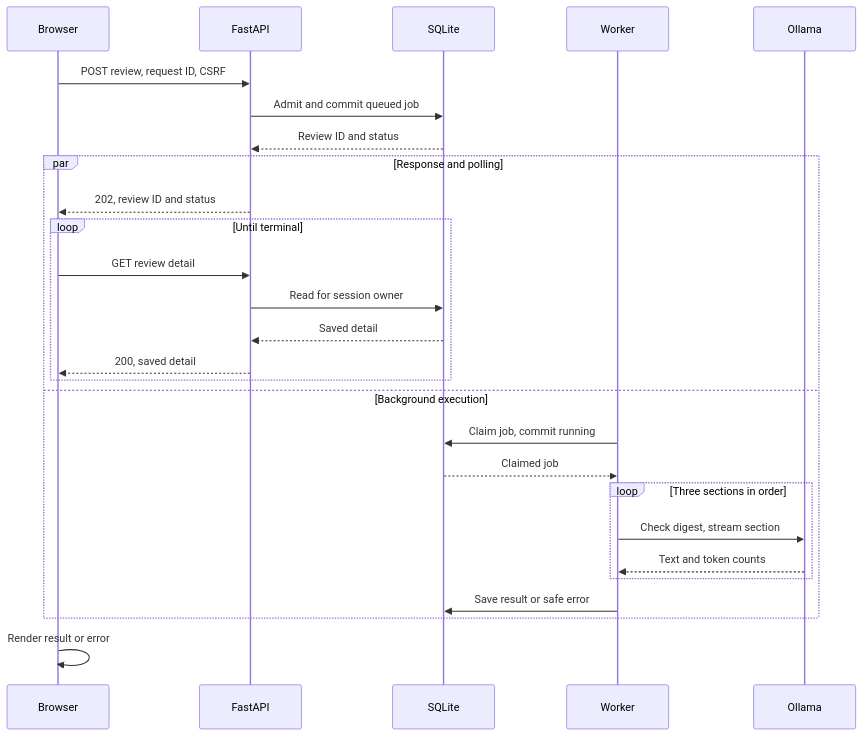
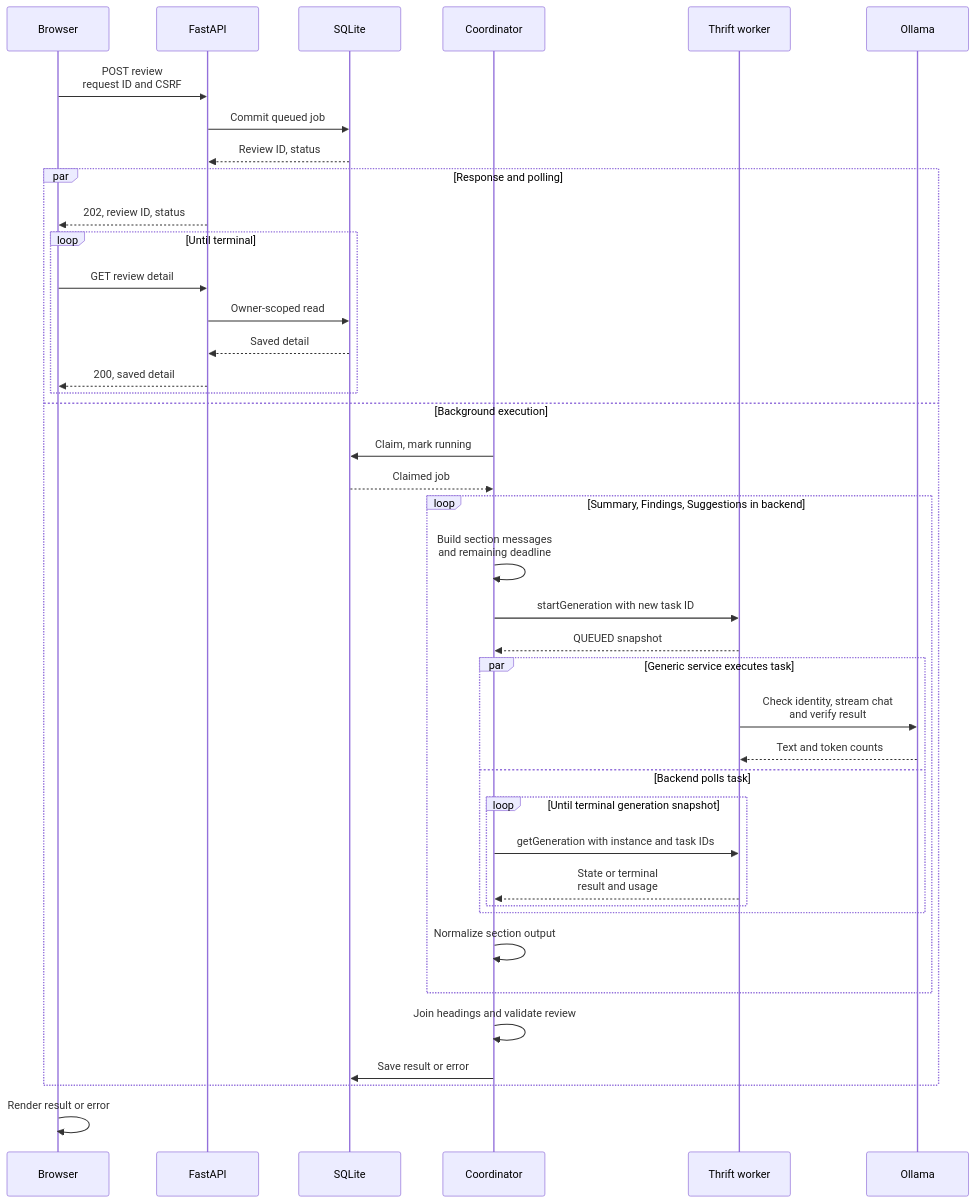
The second of 7 diagrams in docs/reference/workflows.md (GodfreyLyu/LocalQwenDemo), drawn with Mermaid before and after one commit. The commit also changed other lines of this file and 154 other files, not shown here.

````diff
--- a/docs/reference/workflows.md
+++ b/docs/reference/workflows.md
@@ -81,31 +84,44 @@
 ```mermaid
 sequenceDiagram
     accTitle: Durable asynchronous review from submission to saved result
-    accDescr: FastAPI commits the job before returning 202. The browser polls owner-scoped detail while the coordinator independently claims the job, calls Ollama serially and persists a terminal result. The browser renders the saved Markdown after completion.
+    accDescr: FastAPI commits the job before returning 202. The browser polls saved detail while the backend coordinates three separate generic generations. Each generation is admitted, executed through Ollama and polled to a terminal snapshot before the backend builds and saves the complete review.
     participant Browser
     participant API as FastAPI
     participant SQLite
-    participant Worker
+    participant Worker as Coordinator
+    participant Inference as Thrift worker
     participant Ollama
-    Browser->>API: POST review, request ID, CSRF
-    API->>SQLite: Admit and commit queued job
-    SQLite-->>API: Review ID and status
+    Browser->>API: POST review<br/>request ID and CSRF
+    API->>SQLite: Commit queued job
+    SQLite-->>API: Review ID, status
     par Response and polling
-        API-->>Browser: 202, review ID and status
+        API-->>Browser: 202, review ID, status
         loop Until terminal
             Browser->>API: GET review detail
-            API->>SQLite: Read for session owner
+            API->>SQLite: Owner-scoped read
             SQLite-->>API: Saved detail
             API-->>Browser: 200, saved detail
         end
     and Background execution
-        Worker->>SQLite: Claim job, commit running
+        Worker->>SQLite: Claim, mark running
         SQLite-->>Worker: Claimed job
-        loop Three sections in order
-            Worker->>Ollama: Check digest, stream section
-            Ollama-->>Worker: Text and token counts
+        loop Summary, Findings, Suggestions in backend
+            Worker->>Worker: Build section messages<br/>and remaining deadline
+            Worker->>Inference: startGeneration with new task ID
+            Inference-->>Worker: QUEUED snapshot
+            par Generic service executes task
+                Inference->>Ollama: Check identity, stream chat<br/>and verify result
+                Ollama-->>Inference: Text and token counts
+            and Backend polls task
+                loop Until terminal generation snapshot
+                    Worker->>Inference: getGeneration with instance and task IDs
+                    Inference-->>Worker: State or terminal<br/>result and usage
+                end
+            end
+            Worker->>Worker: Normalize section output
         end
-        Worker->>SQLite: Save result or safe error
+        Worker->>Worker: Join headings and validate review
+        Worker->>SQLite: Save result or error
     end
     Browser->>Browser: Render result or error
 ```
````
